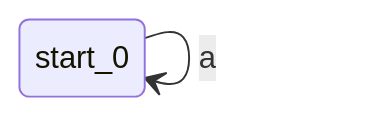
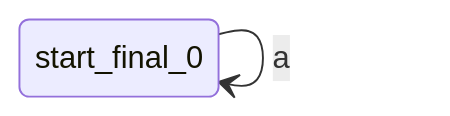
Before and after one commit to ZZH-Finalize/Generic-Laxer: diagram 15 of 24 in regex_visualize.md, drawn with Mermaid. The commit also changed other lines of this file and 1 other file, not shown here.

Commit message:
fix dfa formatter start/final tag

````diff
--- a/regex_visualize.md
+++ b/regex_visualize.md
@@ -176,6 +176,6 @@
 ```mermaid
 stateDiagram-v2
 direction LR
 
-start_0 --> start_0 : a
+start_final_0 --> start_final_0 : a
 ```
````
